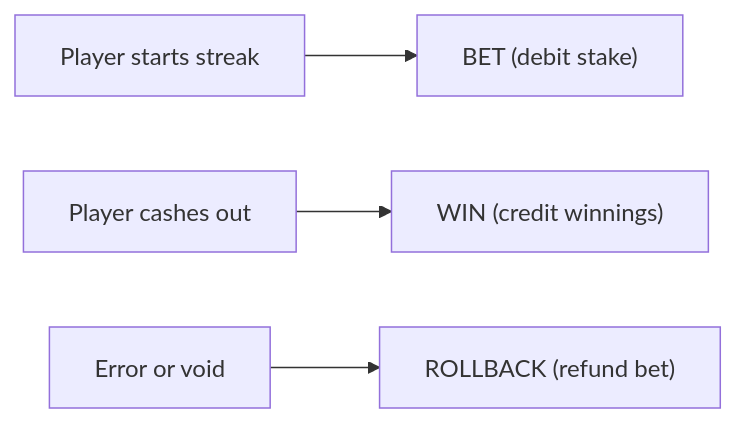
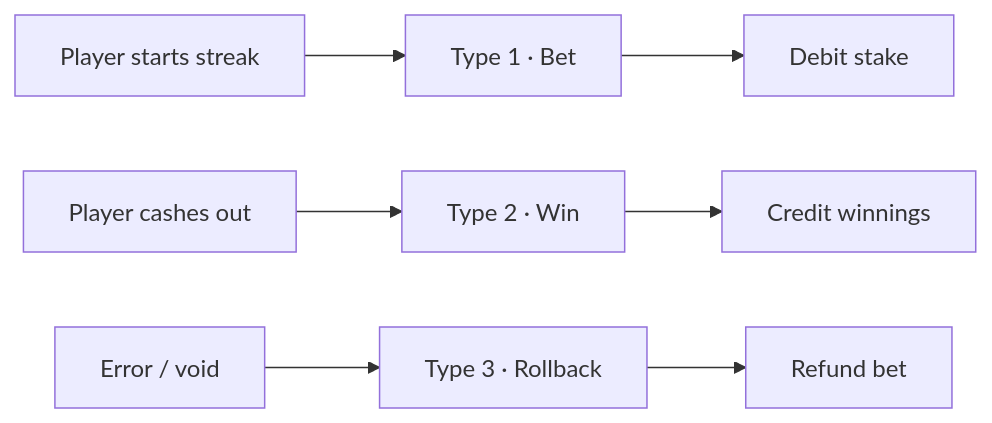
The second of 2 diagrams in content/docs/how-it-works.mdx (SparkSports-ai/integration-docs), drawn with Mermaid before and after one commit. The commit also changed other lines of this file and 24 other files, not shown here.

````diff
--- a/content/docs/how-it-works.mdx
+++ b/content/docs/how-it-works.mdx
@@ -79,6 +86,6 @@
 ```mermaid
 flowchart LR
-    A[Player starts streak] --> B["BET (debit stake)"]
-    C[Player cashes out] --> D["WIN (credit winnings)"]
-    E[Error or void] --> F["ROLLBACK (refund bet)"]
+    S1[Player starts streak] --> T1["Type 1 · Bet"] --> A1[Debit stake]
+    S2[Player cashes out] --> T2["Type 2 · Win"] --> A2[Credit winnings]
+    S3[Error / void] --> T3["Type 3 · Rollback"] --> A3[Refund bet]
 ```
````
